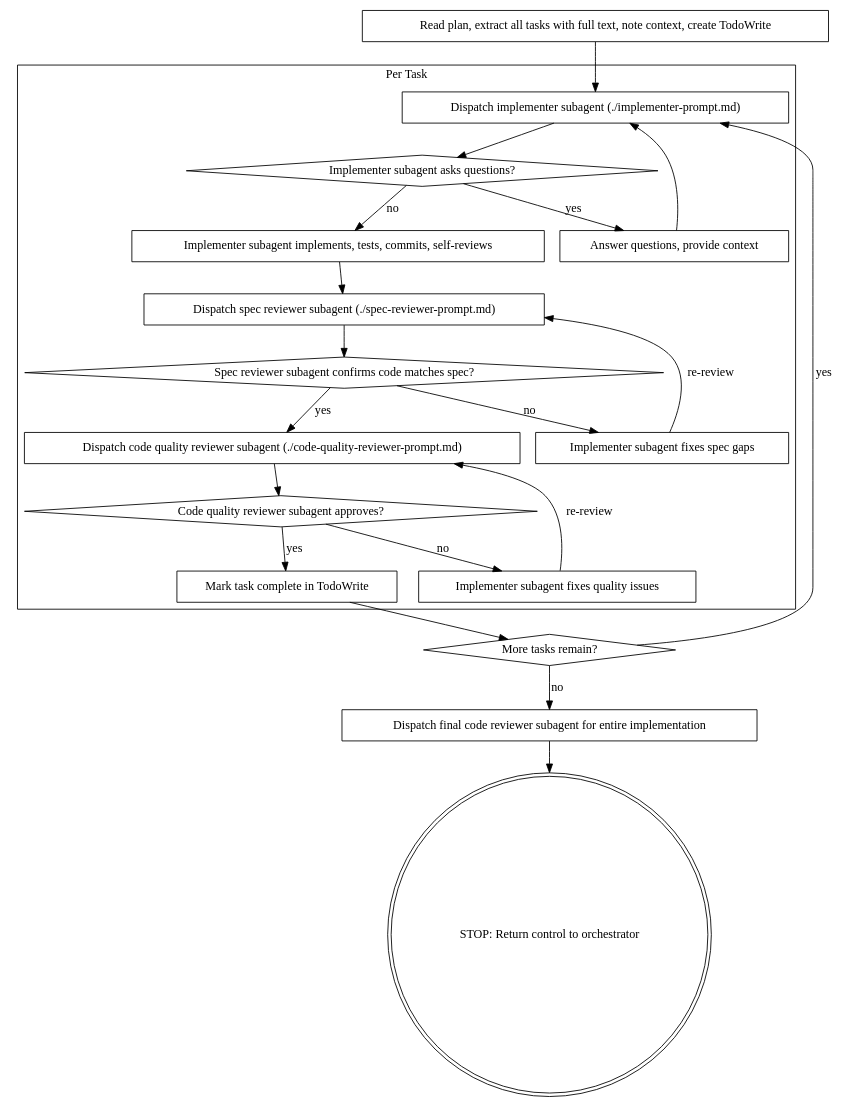
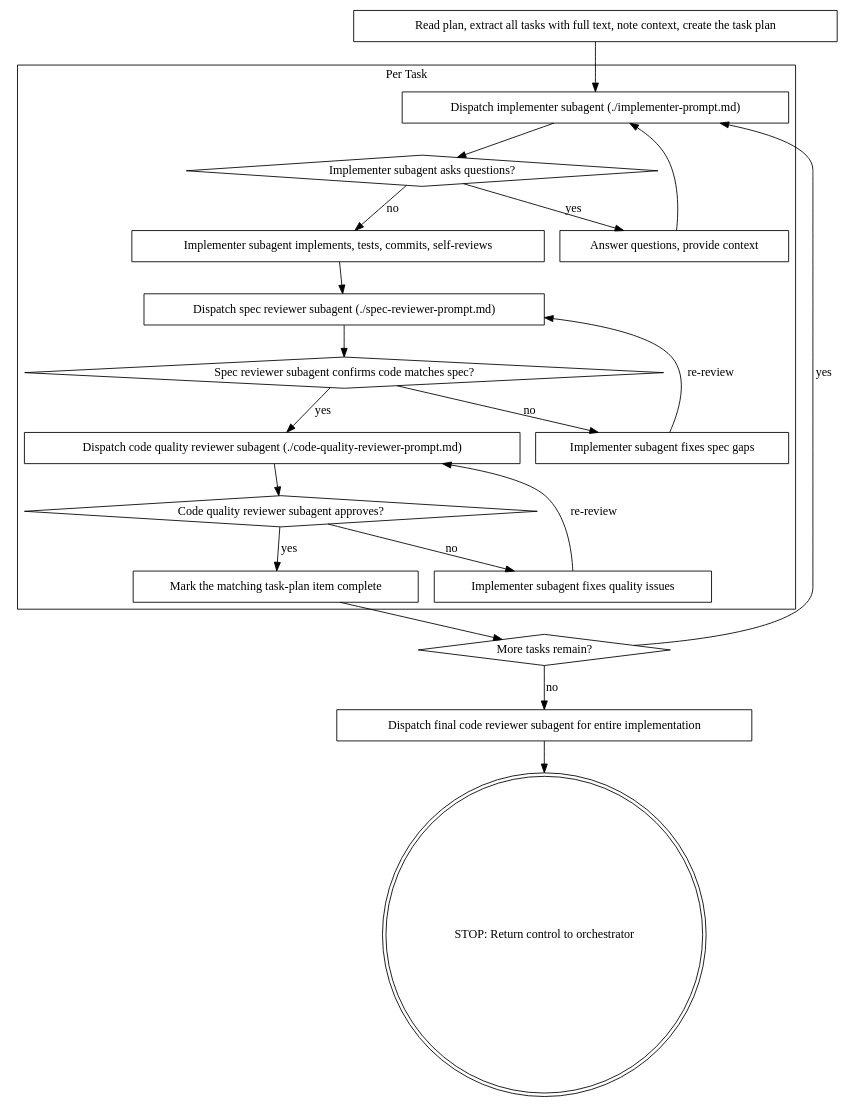
The second of 2 diagrams in skills/subagent-driven-development/SKILL.md (Kodria/awm-baseline-registry), drawn with Graphviz before and after one commit. The commit also changed other lines of this file and 55 other files, not shown here.

````diff
--- a/skills/subagent-driven-development/SKILL.md
+++ b/skills/subagent-driven-development/SKILL.md
@@ -59,44 +59,44 @@
 ```dot
 digraph process {
     rankdir=TB;
 
     subgraph cluster_per_task {
         label="Per Task";
         "Dispatch implementer subagent (./implementer-prompt.md)" [shape=box];
         "Implementer subagent asks questions?" [shape=diamond];
         "Answer questions, provide context" [shape=box];
         "Implementer subagent implements, tests, commits, self-reviews" [shape=box];
         "Dispatch spec reviewer subagent (./spec-reviewer-prompt.md)" [shape=box];
         "Spec reviewer subagent confirms code matches spec?" [shape=diamond];
         "Implementer subagent fixes spec gaps" [shape=box];
         "Dispatch code quality reviewer subagent (./code-quality-reviewer-prompt.md)" [shape=box];
         "Code quality reviewer subagent approves?" [shape=diamond];
         "Implementer subagent fixes quality issues" [shape=box];
-        "Mark task complete in TodoWrite" [shape=box];
+        "Mark the matching task-plan item complete" [shape=box];
     }
 
-    "Read plan, extract all tasks with full text, note context, create TodoWrite" [shape=box];
+    "Read plan, extract all tasks with full text, note context, create the task plan" [shape=box];
     "More tasks remain?" [shape=diamond];
     "Dispatch final code reviewer subagent for entire implementation" [shape=box];
     "STOP: Return control to orchestrator" [shape=doublecircle];
 
-    "Read plan, extract all tasks with full text, note context, create TodoWrite" -> "Dispatch implementer subagent (./implementer-prompt.md)";
+    "Read plan, extract all tasks with full text, note context, create the task plan" -> "Dispatch implementer subagent (./implementer-prompt.md)";
     "Dispatch implementer subagent (./implementer-prompt.md)" -> "Implementer subagent asks questions?";
     "Implementer subagent asks questions?" -> "Answer questions, provide context" [label="yes"];
     "Answer questions, provide context" -> "Dispatch implementer subagent (./implementer-prompt.md)";
     "Implementer subagent asks questions?" -> "Implementer subagent implements, tests, commits, self-reviews" [label="no"];
     "Implementer subagent implements, tests, commits, self-reviews" -> "Dispatch spec reviewer subagent (./spec-reviewer-prompt.md)";
     "Dispatch spec reviewer subagent (./spec-reviewer-prompt.md)" -> "Spec reviewer subagent confirms code matches spec?";
     "Spec reviewer subagent confirms code matches spec?" -> "Implementer subagent fixes spec gaps" [label="no"];
     "Implementer subagent fixes spec gaps" -> "Dispatch spec reviewer subagent (./spec-reviewer-prompt.md)" [label="re-review"];
     "Spec reviewer subagent confirms code matches spec?" -> "Dispatch code quality reviewer subagent (./code-quality-reviewer-prompt.md)" [label="yes"];
     "Dispatch code quality reviewer subagent (./code-quality-reviewer-prompt.md)" -> "Code quality reviewer subagent approves?";
     "Code quality reviewer subagent approves?" -> "Implementer subagent fixes quality issues" [label="no"];
     "Implementer subagent fixes quality issues" -> "Dispatch code quality reviewer subagent (./code-quality-reviewer-prompt.md)" [label="re-review"];
-    "Code quality reviewer subagent approves?" -> "Mark task complete in TodoWrite" [label="yes"];
-    "Mark task complete in TodoWrite" -> "More tasks remain?";
+    "Code quality reviewer subagent approves?" -> "Mark the matching task-plan item complete" [label="yes"];
+    "Mark the matching task-plan item complete" -> "More tasks remain?";
     "More tasks remain?" -> "Dispatch implementer subagent (./implementer-prompt.md)" [label="yes"];
     "More tasks remain?" -> "Dispatch final code reviewer subagent for entire implementation" [label="no"];
     "Dispatch final code reviewer subagent for entire implementation" -> "STOP: Return control to orchestrator";
 }
 ```
````
